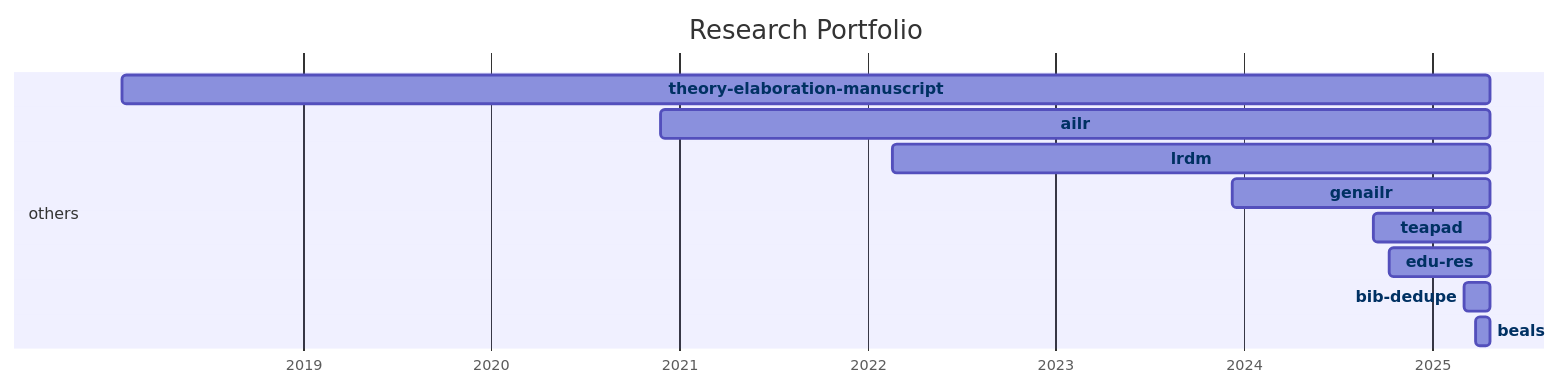
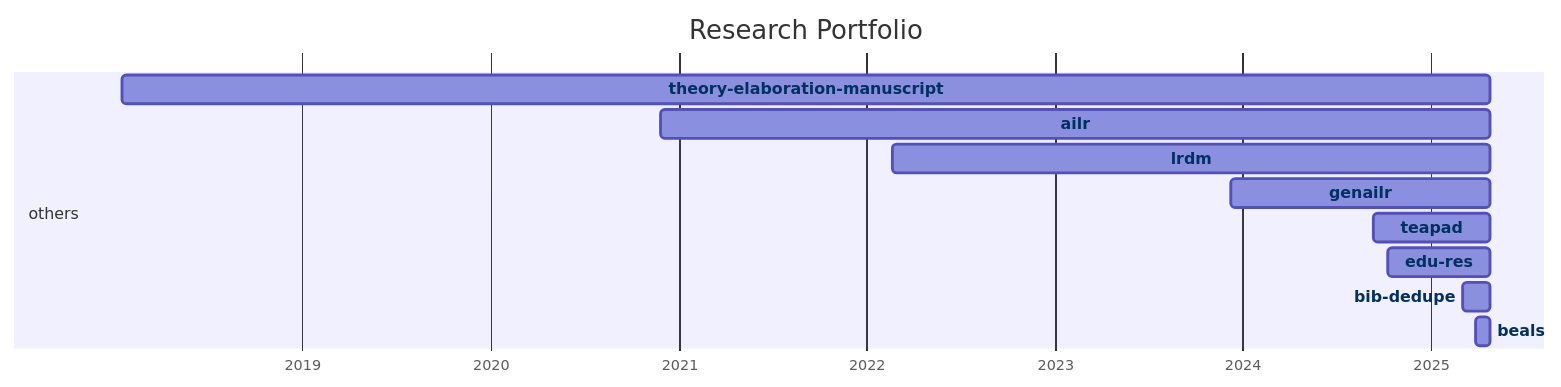
The diagram in docs/20-research/25-projects-gantt.md (digital-work-lab/handbook), drawn with Mermaid before and after one commit.

Commit message:
Update repository overview

````diff
--- a/docs/20-research/25-projects-gantt.md
+++ b/docs/20-research/25-projects-gantt.md
@@ -8,35 +8,35 @@
 ```mermaid
 ---
 displayMode: compact
 ---
 gantt
 title Research Portfolio
 dateFormat YYYY-MM-DD
 axisFormat %Y
 
     section work_practices
 
     section distributed_organizing
 
     section knowledge_synthesis
 
     section others
-        beals :beals, 2025-03-28, 2025-04-24
-        bib-dedupe :bib-dedupe, 2025-03-04, 2025-04-24
-        edu-res :edu-res, 2024-10-10, 2025-04-24
-        teapad :teapad, 2024-09-10, 2025-04-24
-        genailr :genailr, 2023-12-10, 2025-04-24
-        lrdm :lrdm, 2022-02-20, 2025-04-24
-        ailr :ailr, 2020-11-26, 2025-04-24
-        theory-elaboration-manuscript :theory-elaboration-manuscript, 2018-01-15, 2025-04-24
+        beals :beals, 2025-03-28, 2025-04-26
+        bib-dedupe :bib-dedupe, 2025-03-04, 2025-04-26
+        edu-res :edu-res, 2024-10-10, 2025-04-26
+        teapad :teapad, 2024-09-10, 2025-04-26
+        genailr :genailr, 2023-12-10, 2025-04-26
+        lrdm :lrdm, 2022-02-20, 2025-04-26
+        ailr :ailr, 2020-11-26, 2025-04-26
+        theory-elaboration-manuscript :theory-elaboration-manuscript, 2018-01-15, 2025-04-26
 
 
     click beals href "{{ site.baseurl }}/docs/20-research/25-projects/_repos/beals"
     click bib-dedupe href "{{ site.baseurl }}/docs/20-research/25-projects/_repos/bib-dedupe"
     click edu-res href "{{ site.baseurl }}/docs/20-research/25-projects/_repos/edu-res"
     click teapad href "{{ site.baseurl }}/docs/20-research/25-projects/_repos/teapad"
     click genailr href "{{ site.baseurl }}/docs/20-research/25-projects/_repos/genailr"
     click lrdm href "{{ site.baseurl }}/docs/20-research/25-projects/_repos/lrdm"
     click ailr href "{{ site.baseurl }}/docs/20-research/25-projects/_repos/ailr"
     click theory-elaboration-manuscript href "{{ site.baseurl }}/docs/20-research/25-projects/_repos/theory-elaboration-manuscript"
 ```
````
